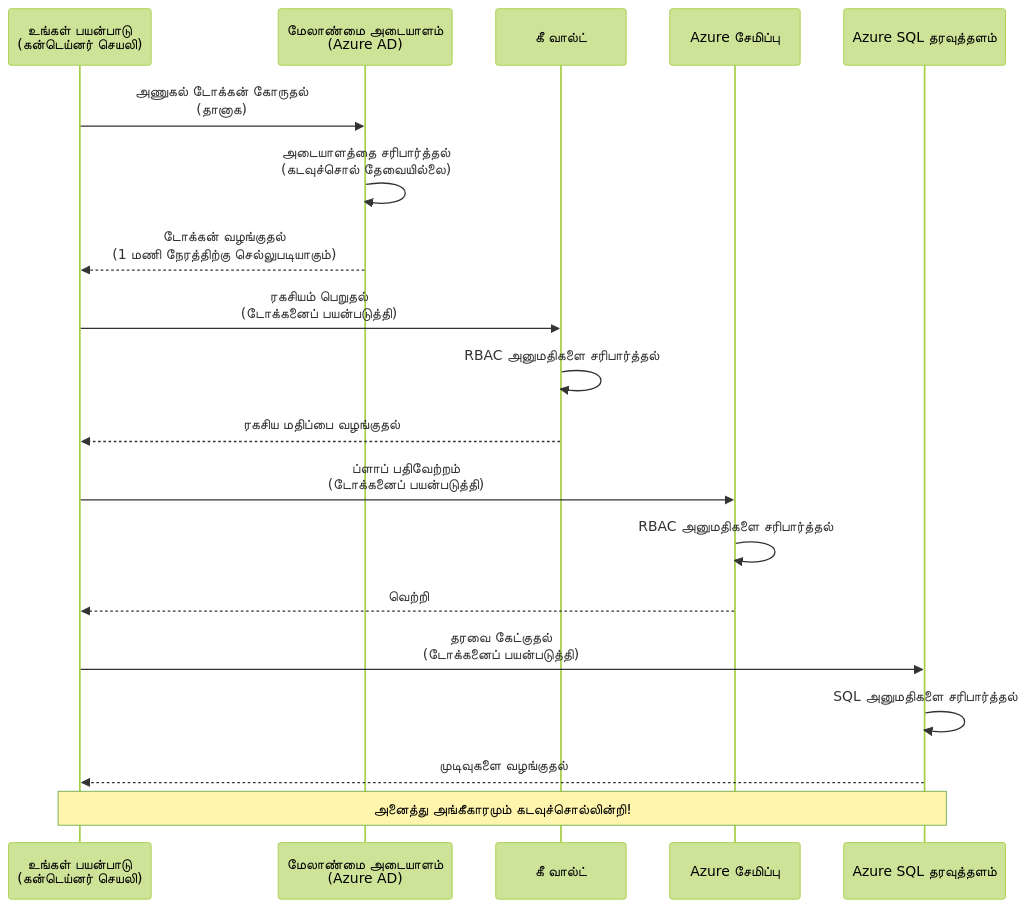
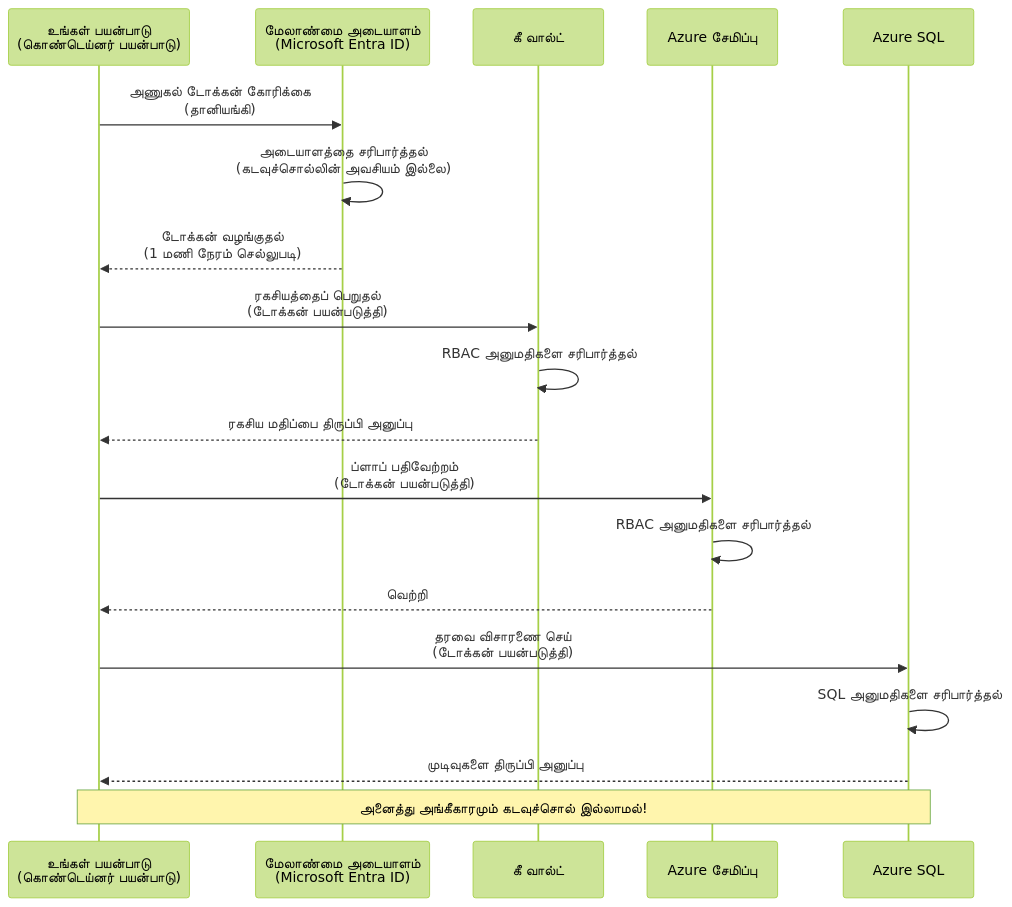
The first of 2 diagrams in translations/ta/docs/chapter-03-configuration/authsecurity.md (microsoft/AZD-for-beginners), drawn with Mermaid (forest theme) before and after one commit. The commit also changed other lines of this file and 104 other files, not shown here.

````diff
--- a/translations/ta/docs/chapter-03-configuration/authsecurity.md
+++ b/translations/ta/docs/chapter-03-configuration/authsecurity.md
@@ -69,26 +69,26 @@
 ```mermaid
 sequenceDiagram
-    participant App as உங்கள் பயன்பாடு<br/>(கன்டெய்னர் செயலி)
-    participant MI as மேலாண்மை அடையாளம்<br/>(Azure AD)
+    participant App as உங்கள் பயன்பாடு<br/>(கொண்டெய்னர் பயன்பாடு)
+    participant MI as மேலாண்மை அடையாளம்<br/>(Microsoft Entra ID)
     participant KV as கீ வால்ட்
     participant Storage as Azure சேமிப்பு
-    participant DB as Azure SQL தரவுத்தளம்
+    participant DB as Azure SQL
     
-    App->>MI: அணுகல் டோக்கன் கோருதல்<br/>(தானாக)
-    MI->>MI: அடையாளத்தை சரிபார்த்தல்<br/>(கடவுச்சொல் தேவையில்லை)
-    MI-->>App: டோக்கன் வழங்குதல்<br/>(1 மணி நேரத்திற்கு செல்லுபடியாகும்)
+    App->>MI: அணுகல் டோக்கன் கோரிக்கை<br/>(தானியங்கி)
+    MI->>MI: அடையாளத்தை சரிபார்த்தல்<br/>(கடவுச்சொல்லின் அவசியம் இல்லை)
+    MI-->>App: டோக்கன் வழங்குதல்<br/>(1 மணி நேரம் செல்லுபடி)
     
-    App->>KV: ரகசியம் பெறுதல்<br/>(டோக்கனைப் பயன்படுத்தி)
+    App->>KV: ரகசியத்தைப் பெறுதல்<br/>(டோக்கன் பயன்படுத்தி)
     KV->>KV: RBAC அனுமதிகளை சரிபார்த்தல்
-    KV-->>App: ரகசிய மதிப்பை வழங்குதல்
+    KV-->>App: ரகசிய மதிப்பை திருப்பி அனுப்பு
     
-    App->>Storage: ப்ளாப் பதிவேற்றம்<br/>(டோக்கனைப் பயன்படுத்தி)
+    App->>Storage: ப்ளாப் பதிவேற்றம்<br/>(டோக்கன் பயன்படுத்தி)
     Storage->>Storage: RBAC அனுமதிகளை சரிபார்த்தல்
     Storage-->>App: வெற்றி
     
-    App->>DB: தரவை கேட்குதல்<br/>(டோக்கனைப் பயன்படுத்தி)
+    App->>DB: தரவை விசாரணை செய்<br/>(டோக்கன் பயன்படுத்தி)
     DB->>DB: SQL அனுமதிகளை சரிபார்த்தல்
-    DB-->>App: முடிவுகளை வழங்குதல்
+    DB-->>App: முடிவுகளை திருப்பி அனுப்பு
     
-    Note over App,DB: அனைத்து அங்கீகாரமும் கடவுச்சொல்லின்றி!
+    Note over App,DB: அனைத்து அங்கீகாரமும் கடவுச்சொல் இல்லாமல்!
 ```
````
